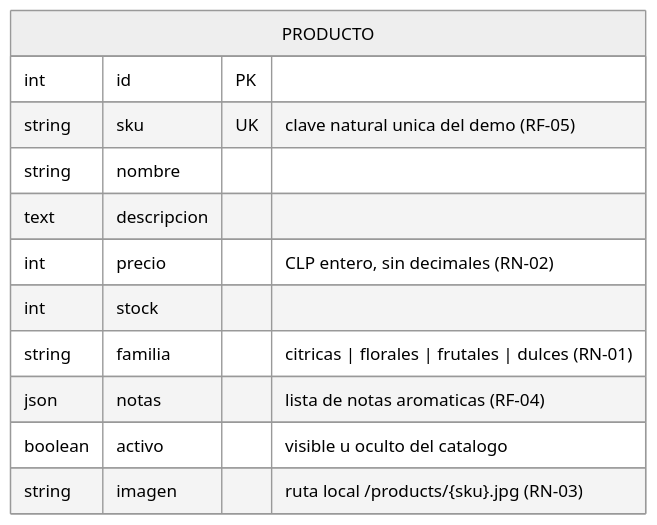
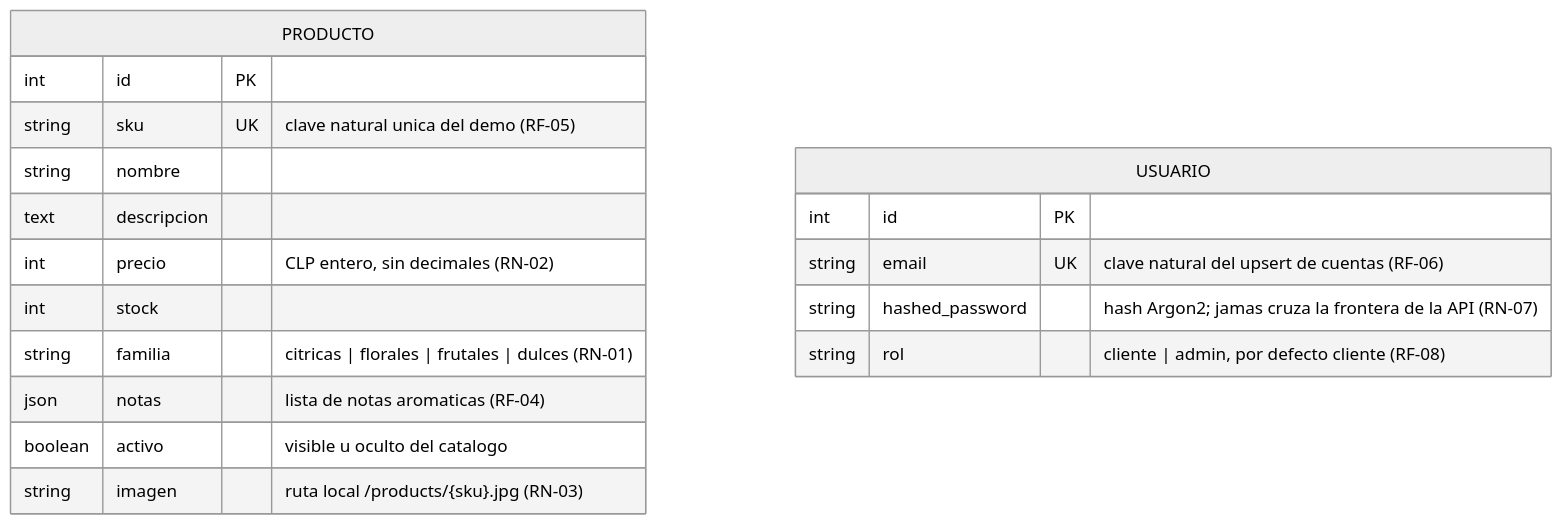
One commit to hlopezm1578/demo-carro changed the first of 10 diagrams in docs/03_diseno.md. Above: the diagram before and after it, drawn with Mermaid (neutral theme). The commit also changed other lines of this file, not shown here.

First line of the commit message:
docs(02-02): diseño de la etapa 2 en docs/03 (USUARIO, procesos 5.0-8.0, pantallas 4-7)

````diff
--- a/docs/03_diseno.md
+++ b/docs/03_diseno.md
@@ -32,15 +32,21 @@
 ```mermaid
 erDiagram
     PRODUCTO {
         int id PK
         string sku UK "clave natural unica del demo (RF-05)"
         string nombre
         text descripcion
         int precio "CLP entero, sin decimales (RN-02)"
         int stock
         string familia "citricas | florales | frutales | dulces (RN-01)"
         json notas "lista de notas aromaticas (RF-04)"
         boolean activo "visible u oculto del catalogo"
         string imagen "ruta local /products/{sku}.jpg (RN-03)"
     }
+    USUARIO {
+        int id PK
+        string email UK "clave natural del upsert de cuentas (RF-06)"
+        string hashed_password "hash Argon2; jamas cruza la frontera de la API (RN-07)"
+        string rol "cliente | admin, por defecto cliente (RF-08)"
+    }
 ```
````
